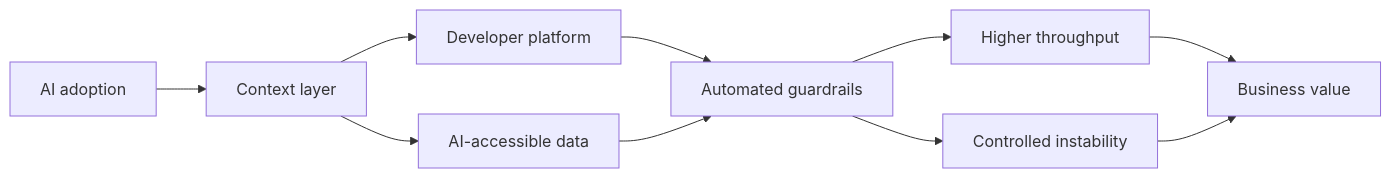
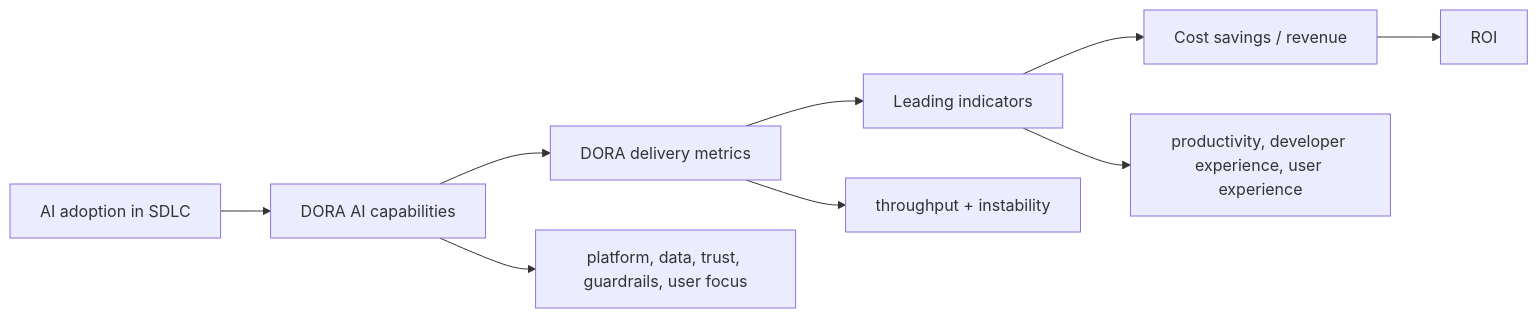
One commit to VladimirSemenyuk/KnowledgeOS changed the second of 3 diagrams in Frameworks/ai-transformation/dora-roi-of-ai-assisted-software-development-2026.md. Above: the diagram before and after it, drawn with Mermaid. The commit also changed other lines of this file and 36 other files, not shown here.

````diff
--- a/Frameworks/ai-transformation/dora-roi-of-ai-assisted-software-development-2026.md
+++ b/Frameworks/ai-transformation/dora-roi-of-ai-assisted-software-development-2026.md
@@ -169,12 +164,12 @@
 ```mermaid
 flowchart LR
-    A["AI adoption"] --> B["Context layer"]
-    B --> C["Developer platform"]
-    B --> D["AI-accessible data"]
-    C --> E["Automated guardrails"]
-    D --> E
-    E --> F["Higher throughput"]
-    E --> G["Controlled instability"]
-    F --> H["Business value"]
-    G --> H
+    A["AI adoption in SDLC"] --> B["DORA AI capabilities"]
+    B --> C["DORA delivery metrics"]
+    C --> D["Leading indicators"]
+    D --> E["Cost savings / revenue"]
+    E --> F["ROI"]
+
+    B --> B1["platform, data, trust, guardrails, user focus"]
+    C --> C1["throughput + instability"]
+    D --> D1["productivity, developer experience, user experience"]
 ```
````
